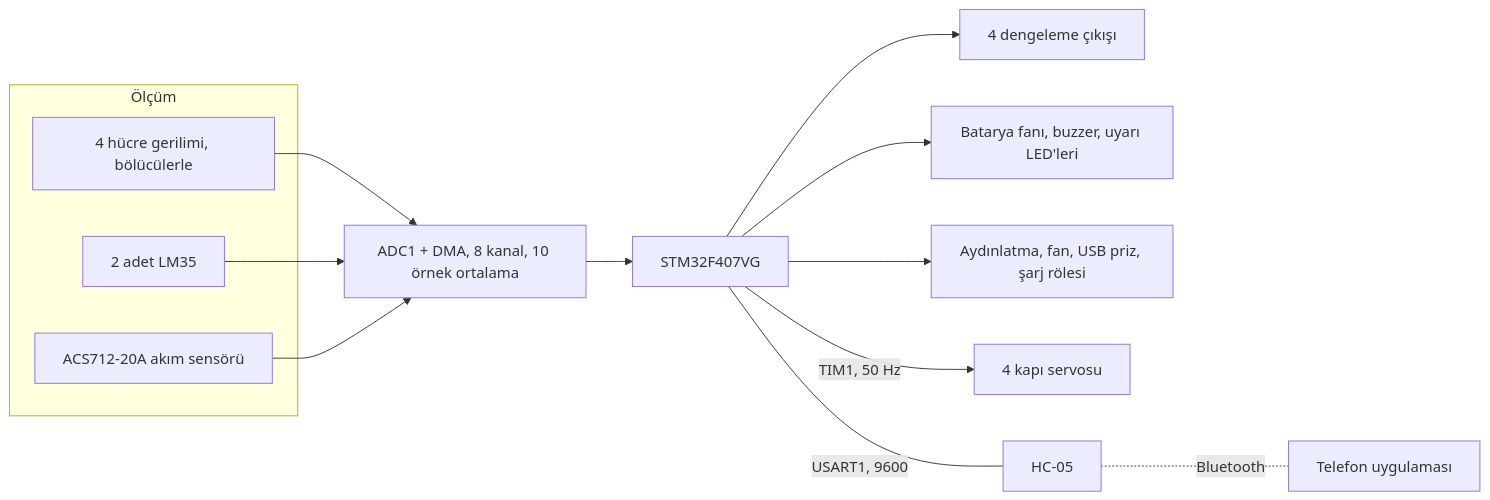
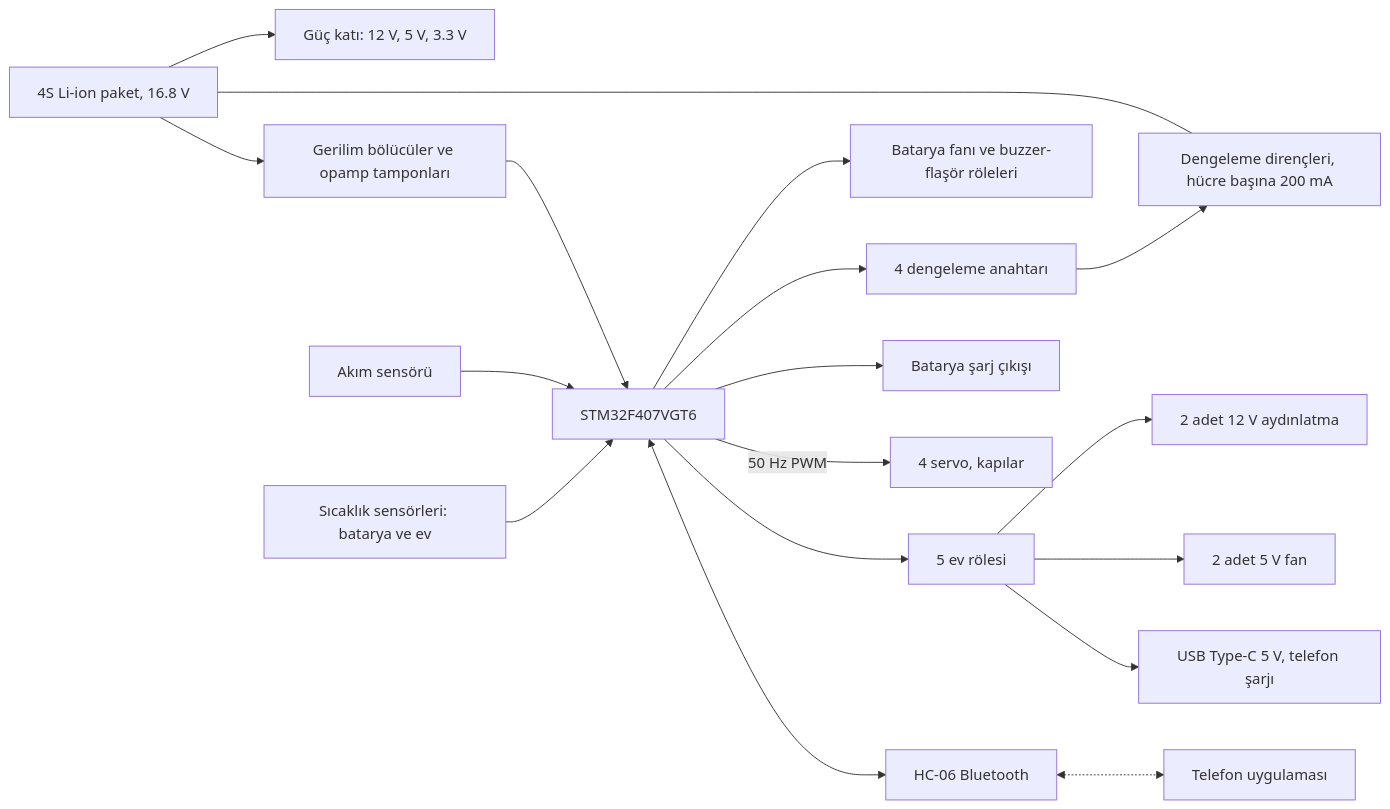
The first of 6 diagrams in README.md (meyubcan/stm32-4s-bms-home-automation), drawn with Mermaid before and after one commit. The commit also changed other lines of this file and 12 other files, not shown here.

````diff
--- a/README.md
+++ b/README.md
@@ -9,18 +13,20 @@
 ```mermaid
 flowchart LR
-    subgraph SENS[Ölçüm]
-        CELL[4 hücre gerilimi, bölücülerle]
-        NTC[2 adet LM35]
-        ACS[ACS712-20A akım sensörü]
-    end
-    CELL --> ADC[ADC1 + DMA, 8 kanal, 10 örnek ortalama]
-    NTC --> ADC
-    ACS --> ADC
-    ADC --> CORE[STM32F407VG]
-    CORE --> BAL[4 dengeleme çıkışı]
-    CORE --> PROT[Batarya fanı, buzzer, uyarı LED'leri]
-    CORE --> OUT[Aydınlatma, fan, USB priz, şarj rölesi]
-    CORE -- "TIM1, 50 Hz" --> SRV[4 kapı servosu]
-    CORE -- "USART1, 9600" --- BT[HC-05]
-    BT -. Bluetooth .- TEL[Telefon uygulaması]
+    BAT[4S Li-ion paket, 16.8 V] --> PWR[Güç katı: 12 V, 5 V, 3.3 V]
+    BAT --> VDIV[Gerilim bölücüler ve opamp tamponları]
+    BAT --- BALR[Dengeleme dirençleri, hücre başına 200 mA]
+    VDIV --> MCU[STM32F407VGT6]
+    ISEN[Akım sensörü] --> MCU
+    TSEN[Sıcaklık sensörleri: batarya ve ev] --> MCU
+    MCU --> BALSW[4 dengeleme anahtarı]
+    BALSW --> BALR
+    MCU --> PROT[Batarya fanı ve buzzer-flaşör röleleri]
+    MCU --> HOME[5 ev rölesi]
+    HOME --> LED[2 adet 12 V aydınlatma]
+    HOME --> FAN[2 adet 5 V fan]
+    HOME --> USB[USB Type-C 5 V, telefon şarjı]
+    MCU --> CHG[Batarya şarj çıkışı]
+    MCU -- "50 Hz PWM" --> SRV[4 servo, kapılar]
+    MCU <--> BT[HC-06 Bluetooth]
+    BT <-.-> APP[Telefon uygulaması]
 ```
````
